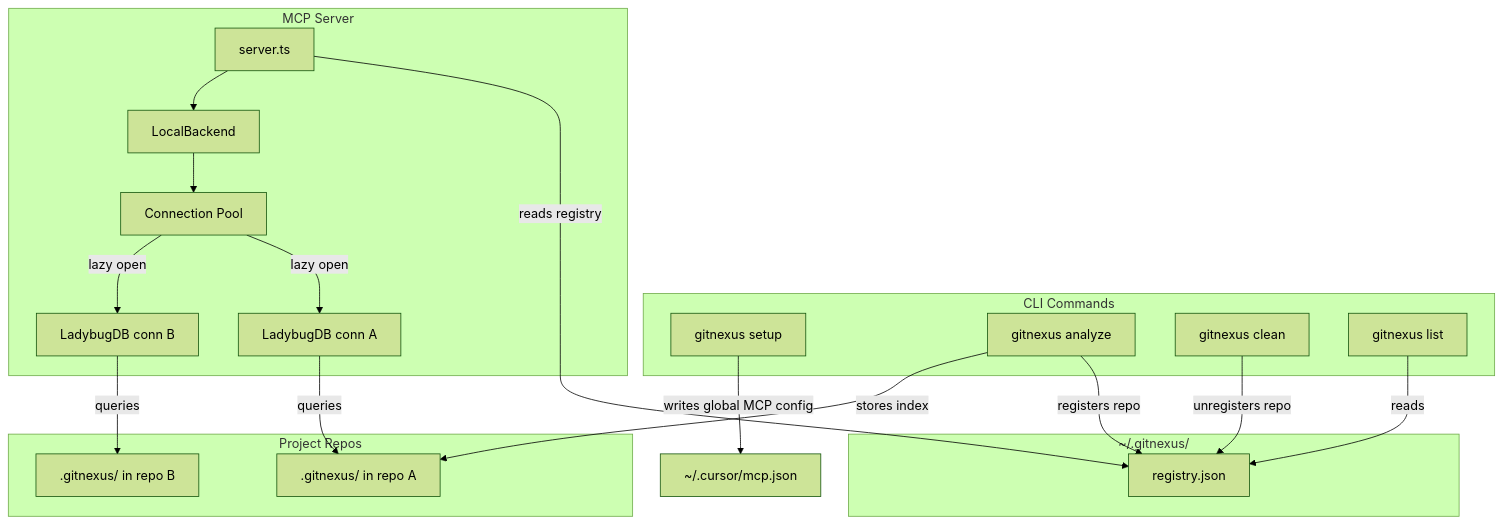
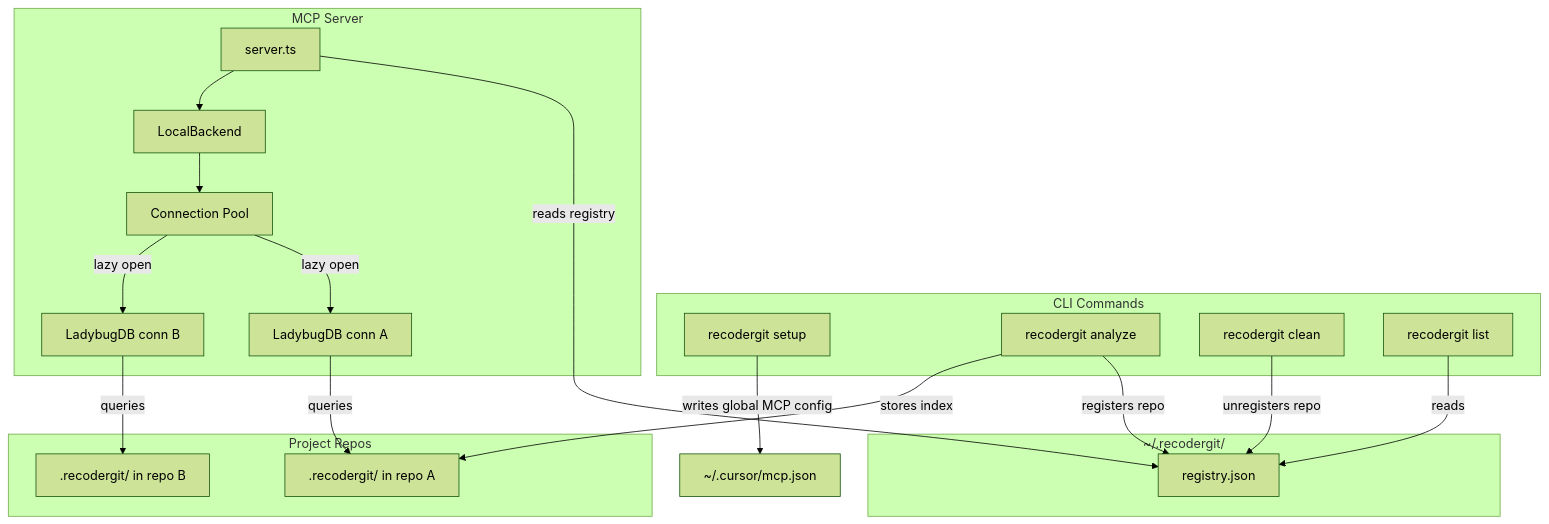
One commit to caelum0x/recoder.xyz changed the first of 2 diagrams in ts/recodergit/README.md. Above: the diagram before and after it, drawn with Mermaid (forest theme). The commit also changed other lines of this file and 4867 other files, not shown here.

First line of the commit message:
refactor(recodergit): rename vendored engine internals gitnexus* -> recodergit*

````diff
--- a/ts/recodergit/README.md
+++ b/ts/recodergit/README.md
@@ -402,39 +402,39 @@
 ```mermaid
 flowchart TD
     subgraph CLI [CLI Commands]
-        Setup["gitnexus setup"]
-        Analyze["gitnexus analyze"]
-        Clean["gitnexus clean"]
-        List["gitnexus list"]
+        Setup["recodergit setup"]
+        Analyze["recodergit analyze"]
+        Clean["recodergit clean"]
+        List["recodergit list"]
     end
 
-    subgraph Registry ["~/.gitnexus/"]
+    subgraph Registry ["~/.recodergit/"]
         RegFile["registry.json"]
     end
 
     subgraph Repos [Project Repos]
-        RepoA[".gitnexus/ in repo A"]
-        RepoB[".gitnexus/ in repo B"]
+        RepoA[".recodergit/ in repo A"]
+        RepoB[".recodergit/ in repo B"]
     end
 
     subgraph MCP [MCP Server]
         Server["server.ts"]
         Backend["LocalBackend"]
         Pool["Connection Pool"]
         ConnA["LadybugDB conn A"]
         ConnB["LadybugDB conn B"]
     end
 
     Setup -->|"writes global MCP config"| CursorConfig["~/.cursor/mcp.json"]
     Analyze -->|"registers repo"| RegFile
     Analyze -->|"stores index"| RepoA
     Clean -->|"unregisters repo"| RegFile
     List -->|"reads"| RegFile
     Server -->|"reads registry"| RegFile
     Server --> Backend
     Backend --> Pool
     Pool -->|"lazy open"| ConnA
     Pool -->|"lazy open"| ConnB
     ConnA -->|"queries"| RepoA
     ConnB -->|"queries"| RepoB
 ```
````
